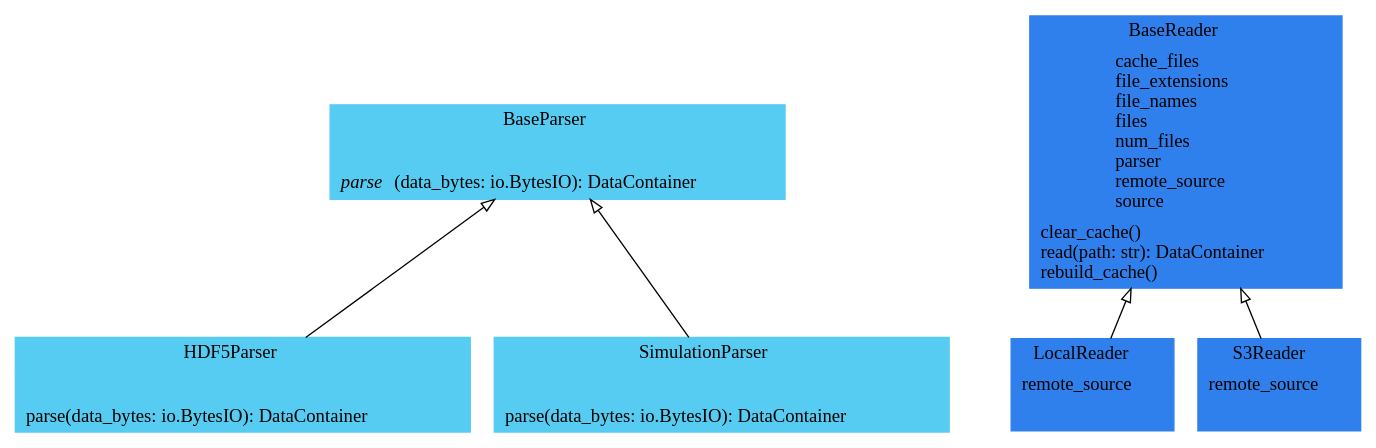
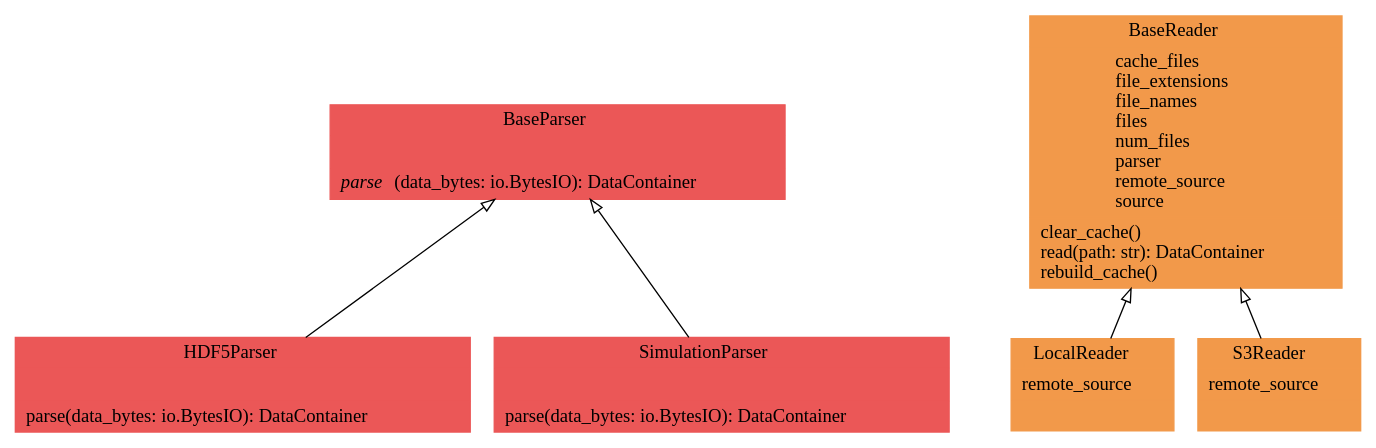
One commit to voidsy-gmbh/pyThermoNDT changed the diagram in docs/pyreverse/classes_pythermondt.readers.gv. Above: the diagram before and after it, drawn with Graphviz. The commit also changed 25 other files, not shown here.

Commit message:
Update pyreverse diagrams

```diff
--- a/docs/pyreverse/classes_pythermondt.readers.gv
+++ b/docs/pyreverse/classes_pythermondt.readers.gv
@@ -1,14 +1,14 @@
 digraph "classes_pythermondt.readers" {
 rankdir=BT
 charset="utf-8"
-"pythermondt.readers.parsers.base_parser.BaseParser" [color="#56CCF2", fontcolor="black", label=<{BaseParser|<br ALIGN="LEFT"/>|<I>parse</I>(data_bytes: io.BytesIO): DataContainer<br ALIGN="LEFT"/>}>, shape="record", style="filled"];
-"pythermondt.readers.base_reader.BaseReader" [color="#2F80ED", fontcolor="black", label=<{BaseReader|cache_files<br ALIGN="LEFT"/>file_extensions<br ALIGN="LEFT"/>file_names<br ALIGN="LEFT"/>files<br ALIGN="LEFT"/>num_files<br ALIGN="LEFT"/>parser<br ALIGN="LEFT"/>remote_source<br ALIGN="LEFT"/>source<br ALIGN="LEFT"/>|clear_cache()<br ALIGN="LEFT"/>read(path: str): DataContainer<br ALIGN="LEFT"/>rebuild_cache()<br ALIGN="LEFT"/>}>, shape="record", style="filled"];
-"pythermondt.readers.parsers.hdf5_parser.HDF5Parser" [color="#56CCF2", fontcolor="black", label=<{HDF5Parser|<br ALIGN="LEFT"/>|parse(data_bytes: io.BytesIO): DataContainer<br ALIGN="LEFT"/>}>, shape="record", style="filled"];
-"pythermondt.readers.local_reader.LocalReader" [color="#2F80ED", fontcolor="black", label=<{LocalReader|remote_source<br ALIGN="LEFT"/>|}>, shape="record", style="filled"];
-"pythermondt.readers.s3_reader.S3Reader" [color="#2F80ED", fontcolor="black", label=<{S3Reader|remote_source<br ALIGN="LEFT"/>|}>, shape="record", style="filled"];
-"pythermondt.readers.parsers.simulation_parser.SimulationParser" [color="#56CCF2", fontcolor="black", label=<{SimulationParser|<br ALIGN="LEFT"/>|parse(data_bytes: io.BytesIO): DataContainer<br ALIGN="LEFT"/>}>, shape="record", style="filled"];
+"pythermondt.readers.parsers.base_parser.BaseParser" [color="#EB5757", fontcolor="black", label=<{BaseParser|<br ALIGN="LEFT"/>|<I>parse</I>(data_bytes: io.BytesIO): DataContainer<br ALIGN="LEFT"/>}>, shape="record", style="filled"];
+"pythermondt.readers.base_reader.BaseReader" [color="#F2994A", fontcolor="black", label=<{BaseReader|cache_files<br ALIGN="LEFT"/>file_extensions<br ALIGN="LEFT"/>file_names<br ALIGN="LEFT"/>files<br ALIGN="LEFT"/>num_files<br ALIGN="LEFT"/>parser<br ALIGN="LEFT"/>remote_source<br ALIGN="LEFT"/>source<br ALIGN="LEFT"/>|clear_cache()<br ALIGN="LEFT"/>read(path: str): DataContainer<br ALIGN="LEFT"/>rebuild_cache()<br ALIGN="LEFT"/>}>, shape="record", style="filled"];
+"pythermondt.readers.parsers.hdf5_parser.HDF5Parser" [color="#EB5757", fontcolor="black", label=<{HDF5Parser|<br ALIGN="LEFT"/>|parse(data_bytes: io.BytesIO): DataContainer<br ALIGN="LEFT"/>}>, shape="record", style="filled"];
+"pythermondt.readers.local_reader.LocalReader" [color="#F2994A", fontcolor="black", label=<{LocalReader|remote_source<br ALIGN="LEFT"/>|}>, shape="record", style="filled"];
+"pythermondt.readers.s3_reader.S3Reader" [color="#F2994A", fontcolor="black", label=<{S3Reader|remote_source<br ALIGN="LEFT"/>|}>, shape="record", style="filled"];
+"pythermondt.readers.parsers.simulation_parser.SimulationParser" [color="#EB5757", fontcolor="black", label=<{SimulationParser|<br ALIGN="LEFT"/>|parse(data_bytes: io.BytesIO): DataContainer<br ALIGN="LEFT"/>}>, shape="record", style="filled"];
 "pythermondt.readers.local_reader.LocalReader" -> "pythermondt.readers.base_reader.BaseReader" [arrowhead="empty", arrowtail="none"];
 "pythermondt.readers.parsers.hdf5_parser.HDF5Parser" -> "pythermondt.readers.parsers.base_parser.BaseParser" [arrowhead="empty", arrowtail="none"];
 "pythermondt.readers.parsers.simulation_parser.SimulationParser" -> "pythermondt.readers.parsers.base_parser.BaseParser" [arrowhead="empty", arrowtail="none"];
 "pythermondt.readers.s3_reader.S3Reader" -> "pythermondt.readers.base_reader.BaseReader" [arrowhead="empty", arrowtail="none"];
 }
```
